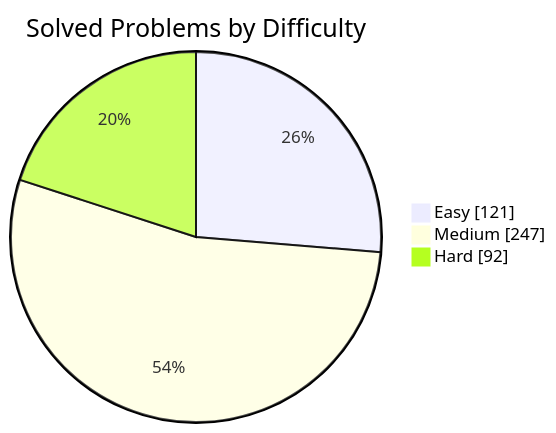
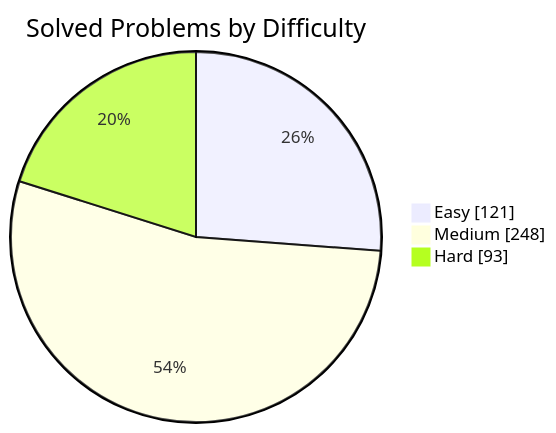
One commit to manikantbindass/DSA-Preparation-FAANG changed the first of 2 diagrams in README.md. Above: the diagram before and after it, drawn with Mermaid. The commit also changed other lines of this file and 1 other file, not shown here.

````diff
--- a/README.md
+++ b/README.md
@@ -77,7 +77,7 @@
 ```mermaid
 pie showData
     title Solved Problems by Difficulty
     "Easy" : 121
-    "Medium" : 247
-    "Hard" : 92
+    "Medium" : 248
+    "Hard" : 93
 ```
````
